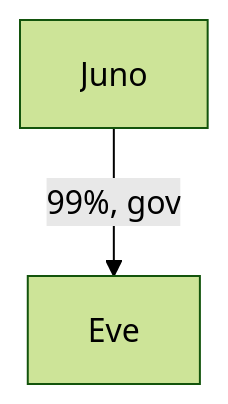
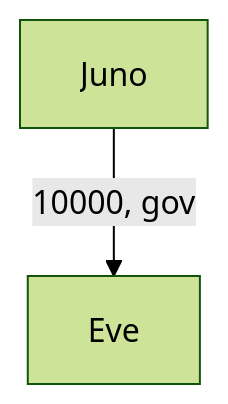
One commit to 0xVov5/mesh changed the fourth of 5 diagrams in docs/UseCases.md. Above: the diagram before and after it, drawn with Mermaid. The commit also changed other lines of this file and 1 other file, not shown here.

````diff
--- a/docs/UseCases.md
+++ b/docs/UseCases.md
@@ -62,5 +81,5 @@
 ```mermaid
 flowchart TD
   %%{init: {'theme': 'forest'}}%%
-  Juno -- 99%, gov --> Eve;
+  Juno -- 10000, gov --> Eve;
 ```
````
